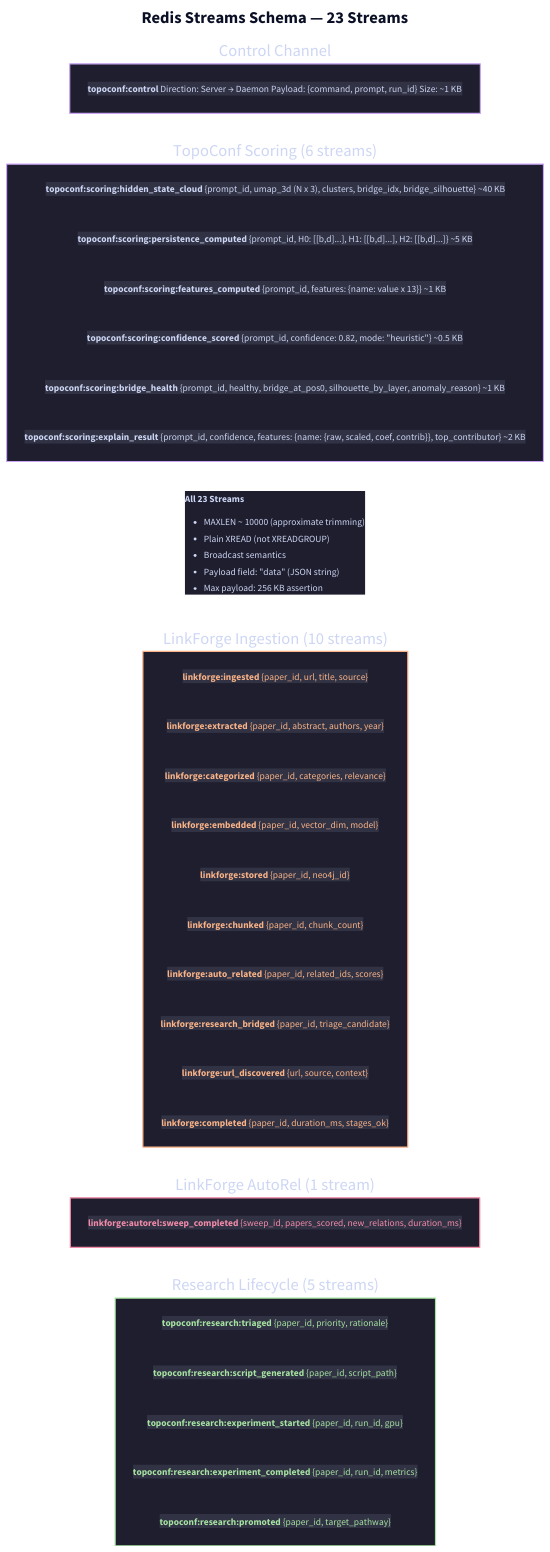
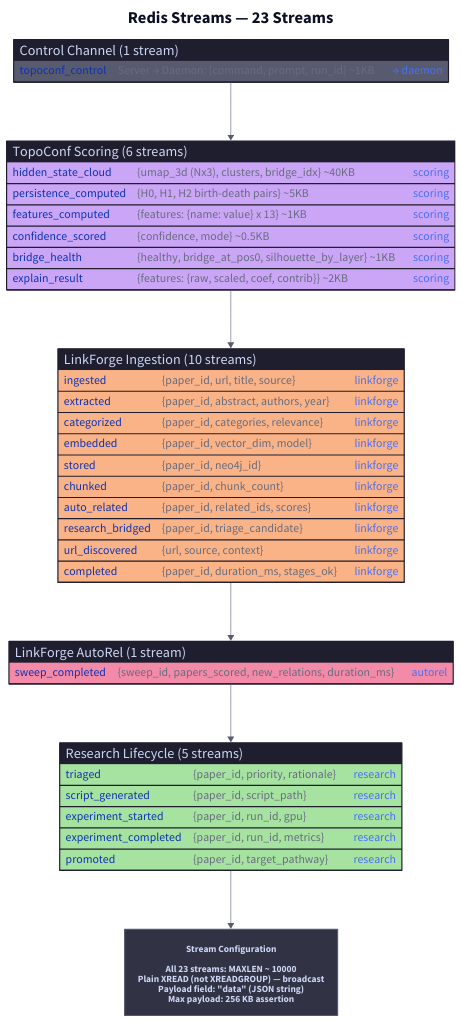
Before and after one commit to musicofhel/node-graph-substrate: the diagram in docs/diagrams/10-redis-streams.d2, drawn with D2. The commit also changed 58 other files, not shown here.

First line of the commit message:
Remake all 13 architectural diagrams and refresh 77 screenshots

```diff
--- a/docs/diagrams/10-redis-streams.d2
+++ b/docs/diagrams/10-redis-streams.d2
@@ -1,267 +1,80 @@
-direction: right
+direction: down
 
 title: {
-  label: "Redis Streams Schema — 23 Streams"
+  label: "Redis Streams — 23 Streams"
   near: top-center
   shape: text
   style.font-size: 28
   style.bold: true
 }
 
-control: Control Channel {
+control: "Control Channel (1 stream)" {
+  shape: sql_table
+  style.fill: "#1e1e2e"
+  style.stroke: "#585b70"
+  style.font-color: "#cdd6f4"
+  topoconf_control: "Server → Daemon: {command, prompt, run_id} ~1KB" {constraint: "→ daemon"}
+}
+
+scoring: "TopoConf Scoring (6 streams)" {
+  shape: sql_table
   style.fill: "#1e1e2e"
   style.stroke: "#cba6f7"
   style.font-color: "#cdd6f4"
-
-  ctrl: "topoconf:control" {
-    style.fill: "#313244"
-    style.font-color: "#cdd6f4"
-    label: |md
-      **topoconf:control**
-      Direction: Server → Daemon
-      Payload: {command, prompt, run_id}
-      Size: ~1 KB
-    |
-  }
-}
-
-scoring: "TopoConf Scoring (6 streams)" {
-  style.fill: "#1e1e2e"
-  style.stroke: "#cba6f7"
-  style.font-color: "#cdd6f4"
-
-  s1: "hidden_state_cloud" {
-    style.fill: "#313244"
-    style.stroke: "#3b82f6"
-    style.font-color: "#cdd6f4"
-    label: |md
-      **topoconf:scoring:hidden_state_cloud**
-      {prompt_id, umap_3d (N x 3),
-       clusters, bridge_idx, bridge_silhouette}
-      ~40 KB
-    |
-  }
-
-  s2: "persistence_computed" {
-    style.fill: "#313244"
-    style.stroke: "#a78bfa"
-    style.font-color: "#cdd6f4"
-    label: |md
-      **topoconf:scoring:persistence_computed**
-      {prompt_id, H0: [[b,d]...],
-       H1: [[b,d]...], H2: [[b,d]...]}
-      ~5 KB
-    |
-  }
-
-  s3: "features_computed" {
-    style.fill: "#313244"
-    style.stroke: "#22d3ee"
-    style.font-color: "#cdd6f4"
-    label: |md
-      **topoconf:scoring:features_computed**
-      {prompt_id, features: {name: value x 13}}
-      ~1 KB
-    |
-  }
-
-  s4: "confidence_scored" {
-    style.fill: "#313244"
-    style.stroke: "#4ade80"
-    style.font-color: "#cdd6f4"
-    label: |md
-      **topoconf:scoring:confidence_scored**
-      {prompt_id, confidence: 0.82, mode: "heuristic"}
-      ~0.5 KB
-    |
-  }
-
-  s5: "bridge_health" {
-    style.fill: "#313244"
-    style.stroke: "#fbbf24"
-    style.font-color: "#cdd6f4"
-    label: |md
-      **topoconf:scoring:bridge_health**
-      {prompt_id, healthy, bridge_at_pos0,
-       silhouette_by_layer, anomaly_reason}
-      ~1 KB
-    |
-  }
-
-  s6: "explain_result" {
-    style.fill: "#313244"
-    style.stroke: "#f87171"
-    style.font-color: "#cdd6f4"
-    label: |md
-      **topoconf:scoring:explain_result**
-      {prompt_id, confidence, features:
-       {name: {raw, scaled, coef, contrib}},
-       top_contributor}
-      ~2 KB
-    |
-  }
+  hidden_state_cloud: "{umap_3d (Nx3), clusters, bridge_idx} ~40KB" {constraint: "scoring"}
+  persistence_computed: "{H0, H1, H2 birth-death pairs} ~5KB" {constraint: "scoring"}
+  features_computed: "{features: {name: value} x 13} ~1KB" {constraint: "scoring"}
+  confidence_scored: "{confidence, mode} ~0.5KB" {constraint: "scoring"}
+  bridge_health: "{healthy, bridge_at_pos0, silhouette_by_layer} ~1KB" {constraint: "scoring"}
+  explain_result: "{features: {raw, scaled, coef, contrib}} ~2KB" {constraint: "scoring"}
 }
 
 linkforge: "LinkForge Ingestion (10 streams)" {
+  shape: sql_table
   style.fill: "#1e1e2e"
   style.stroke: "#fab387"
   style.font-color: "#cdd6f4"
-
-  lf1: "ingested" {
-    style.fill: "#313244"
-    style.font-color: "#fab387"
-    label: |md
-      **linkforge:ingested**
-      {paper_id, url, title, source}
-    |
-  }
-  lf2: "extracted" {
-    style.fill: "#313244"
-    style.font-color: "#fab387"
-    label: |md
-      **linkforge:extracted**
-      {paper_id, abstract, authors, year}
-    |
-  }
-  lf3: "categorized" {
-    style.fill: "#313244"
-    style.font-color: "#fab387"
-    label: |md
-      **linkforge:categorized**
-      {paper_id, categories, relevance}
-    |
-  }
-  lf4: "embedded" {
-    style.fill: "#313244"
-    style.font-color: "#fab387"
-    label: |md
-      **linkforge:embedded**
-      {paper_id, vector_dim, model}
-    |
-  }
-  lf5: "stored" {
-    style.fill: "#313244"
-    style.font-color: "#fab387"
-    label: |md
-      **linkforge:stored**
-      {paper_id, neo4j_id}
-    |
-  }
-  lf6: "chunked" {
-    style.fill: "#313244"
-    style.font-color: "#fab387"
-    label: |md
-      **linkforge:chunked**
-      {paper_id, chunk_count}
-    |
-  }
-  lf7: "auto_related" {
-    style.fill: "#313244"
-    style.font-color: "#fab387"
-    label: |md
-      **linkforge:auto_related**
-      {paper_id, related_ids, scores}
-    |
-  }
-  lf8: "research_bridged" {
-    style.fill: "#313244"
-    style.font-color: "#fab387"
-    label: |md
-      **linkforge:research_bridged**
-      {paper_id, triage_candidate}
-    |
-  }
-  lf9: "url_discovered" {
-    style.fill: "#313244"
-    style.font-color: "#fab387"
-    label: |md
-      **linkforge:url_discovered**
-      {url, source, context}
-    |
-  }
-  lf10: "completed" {
-    style.fill: "#313244"
-    style.font-color: "#fab387"
-    label: |md
-      **linkforge:completed**
-      {paper_id, duration_ms, stages_ok}
-    |
-  }
+  ingested: "{paper_id, url, title, source}" {constraint: "linkforge"}
+  extracted: "{paper_id, abstract, authors, year}" {constraint: "linkforge"}
+  categorized: "{paper_id, categories, relevance}" {constraint: "linkforge"}
+  embedded: "{paper_id, vector_dim, model}" {constraint: "linkforge"}
+  stored: "{paper_id, neo4j_id}" {constraint: "linkforge"}
+  chunked: "{paper_id, chunk_count}" {constraint: "linkforge"}
+  auto_related: "{paper_id, related_ids, scores}" {constraint: "linkforge"}
+  research_bridged: "{paper_id, triage_candidate}" {constraint: "linkforge"}
+  url_discovered: "{url, source, context}" {constraint: "linkforge"}
+  completed: "{paper_id, duration_ms, stages_ok}" {constraint: "linkforge"}
 }
 
 autorel: "LinkForge AutoRel (1 stream)" {
+  shape: sql_table
   style.fill: "#1e1e2e"
   style.stroke: "#f38ba8"
   style.font-color: "#cdd6f4"
-
-  ar1: "sweep_completed" {
-    style.fill: "#313244"
-    style.font-color: "#f38ba8"
-    label: |md
-      **linkforge:autorel:sweep_completed**
-      {sweep_id, papers_scored,
-       new_relations, duration_ms}
-    |
-  }
+  sweep_completed: "{sweep_id, papers_scored, new_relations, duration_ms}" {constraint: "autorel"}
 }
 
 research: "Research Lifecycle (5 streams)" {
+  shape: sql_table
   style.fill: "#1e1e2e"
   style.stroke: "#a6e3a1"
   style.font-color: "#cdd6f4"
-
-  r1: "triaged" {
-    style.fill: "#313244"
-    style.font-color: "#a6e3a1"
-    label: |md
-      **topoconf:research:triaged**
-      {paper_id, priority, rationale}
-    |
-  }
-  r2: "script_generated" {
-    style.fill: "#313244"
-    style.font-color: "#a6e3a1"
-    label: |md
-      **topoconf:research:script_generated**
-      {paper_id, script_path}
-    |
-  }
-  r3: "experiment_started" {
-    style.fill: "#313244"
-    style.font-color: "#a6e3a1"
-    label: |md
-      **topoconf:research:experiment_started**
-      {paper_id, run_id, gpu}
-    |
-  }
-  r4: "experiment_completed" {
-    style.fill: "#313244"
-    style.font-color: "#a6e3a1"
-    label: |md
-      **topoconf:research:experiment_completed**
-      {paper_id, run_id, metrics}
-    |
-  }
-  r5: "promoted" {
-    style.fill: "#313244"
-    style.font-color: "#a6e3a1"
-    label: |md
-      **topoconf:research:promoted**
-      {paper_id, target_pathway}
-    |
-  }
+  triaged: "{paper_id, priority, rationale}" {constraint: "research"}
+  script_generated: "{paper_id, script_path}" {constraint: "research"}
+  experiment_started: "{paper_id, run_id, gpu}" {constraint: "research"}
+  experiment_completed: "{paper_id, run_id, metrics}" {constraint: "research"}
+  promoted: "{paper_id, target_pathway}" {constraint: "research"}
 }
 
-config: Stream Config {
-  style.fill: "#1e1e2e"
+config: "Stream Configuration" {
+  style.fill: "#313244"
   style.stroke: "#585b70"
   style.font-color: "#cdd6f4"
-  label: |md
-    **All 23 Streams**
-    - MAXLEN ~ 10000 (approximate trimming)
-    - Plain XREAD (not XREADGROUP)
-    - Broadcast semantics
-    - Payload field: "data" (JSON string)
-    - Max payload: 256 KB assertion
-  |
+  label: "Stream Configuration\n\nAll 23 streams: MAXLEN ~ 10000\nPlain XREAD (not XREADGROUP) — broadcast\nPayload field: \"data\" (JSON string)\nMax payload: 256 KB assertion"
 }
+
+control -> scoring: "" {style.stroke: "#585b70"; style.stroke-width: 1}
+scoring -> linkforge: "" {style.stroke: "#585b70"; style.stroke-width: 1}
+linkforge -> autorel: "" {style.stroke: "#585b70"; style.stroke-width: 1}
+autorel -> research: "" {style.stroke: "#585b70"; style.stroke-width: 1}
+research -> config: "" {style.stroke: "#585b70"; style.stroke-width: 1}
```
